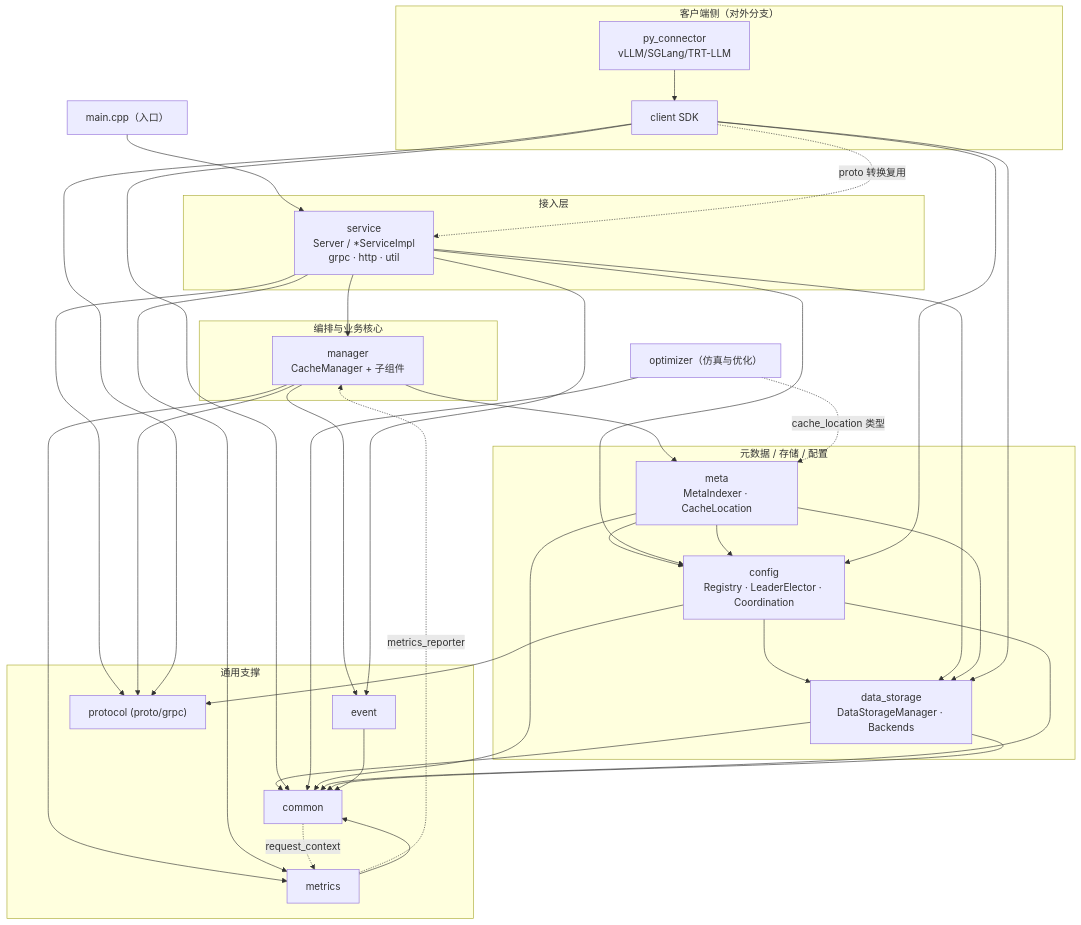
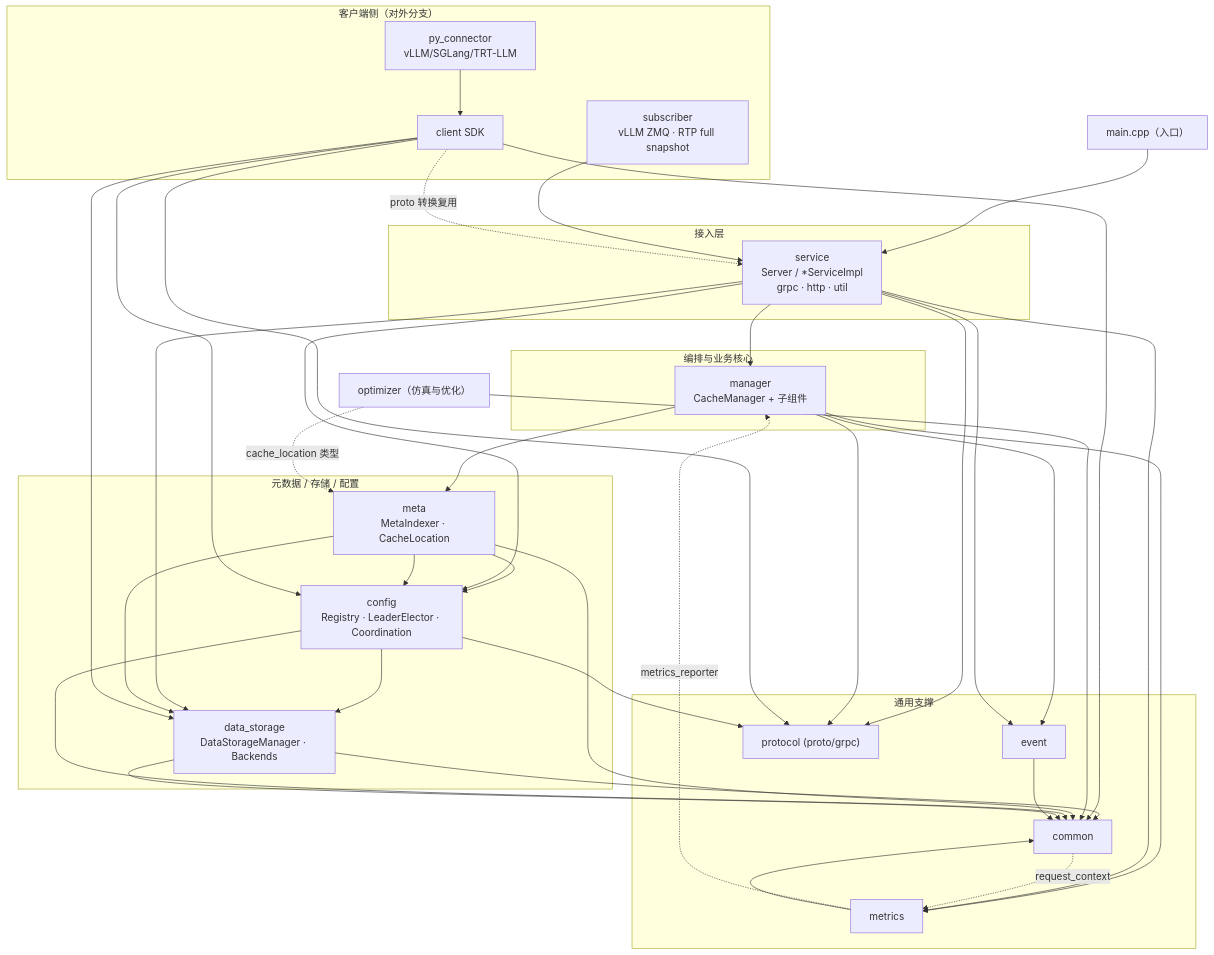
One commit to alibaba/tair-kvcache changed the first of 2 diagrams in docs/design/module_architecture.md. Above: the diagram before and after it, drawn with Mermaid. The commit also changed other lines of this file and 18 other files, not shown here.

Commit message:
[subscriber] add RTP full-snapshot adapter

````diff
--- a/docs/design/module_architecture.md
+++ b/docs/design/module_architecture.md
@@ -104,71 +106,73 @@
 ```mermaid
 flowchart TD
     main["main.cpp（入口）"]
 
     subgraph access["接入层"]
         service["service<br/>Server / *ServiceImpl<br/>grpc · http · util"]
     end
 
     subgraph core["编排与业务核心"]
         manager["manager<br/>CacheManager + 子组件"]
     end
 
     subgraph dataplane["元数据 / 存储 / 配置"]
         meta["meta<br/>MetaIndexer · CacheLocation"]
         config["config<br/>Registry · LeaderElector · Coordination"]
         data_storage["data_storage<br/>DataStorageManager · Backends"]
     end
 
     subgraph crosscut["通用支撑"]
         metrics["metrics"]
         event["event"]
         protocol["protocol (proto/grpc)"]
         common["common"]
     end
 
     subgraph clientside["客户端侧（对外分支）"]
         client["client SDK"]
         py_connector["py_connector<br/>vLLM/SGLang/TRT-LLM"]
+        subscriber["subscriber<br/>vLLM ZMQ · RTP full snapshot"]
     end
 
     optimizer["optimizer（仿真与优化）"]
 
     %% 核心下降链（控制流）
     main --> service --> manager --> meta --> config --> data_storage --> common
 
     %% 通用支撑依赖
     manager --> event
     manager --> metrics
     service --> metrics
     service --> event
     service --> config
     service --> data_storage
     service --> protocol
     manager --> protocol
     config --> protocol
     meta --> config
     meta --> data_storage
 
     %% 有意的反向边（近似环，见 3.2）
     common -. request_context .-> metrics
     metrics -. metrics_reporter .-> manager
 
     %% 客户端分支
     py_connector --> client
+    subscriber --> service
     client --> config
     client --> data_storage
     client --> protocol
     client --> common
     client -. proto 转换复用 .-> service
 
     %% optimizer 的关联
     optimizer -. cache_location 类型 .-> meta
     optimizer --> common
 
     %% 底层通用模块被广泛依赖
     meta --> common
     config --> common
     data_storage --> common
     metrics --> common
     event --> common
 ```
````
